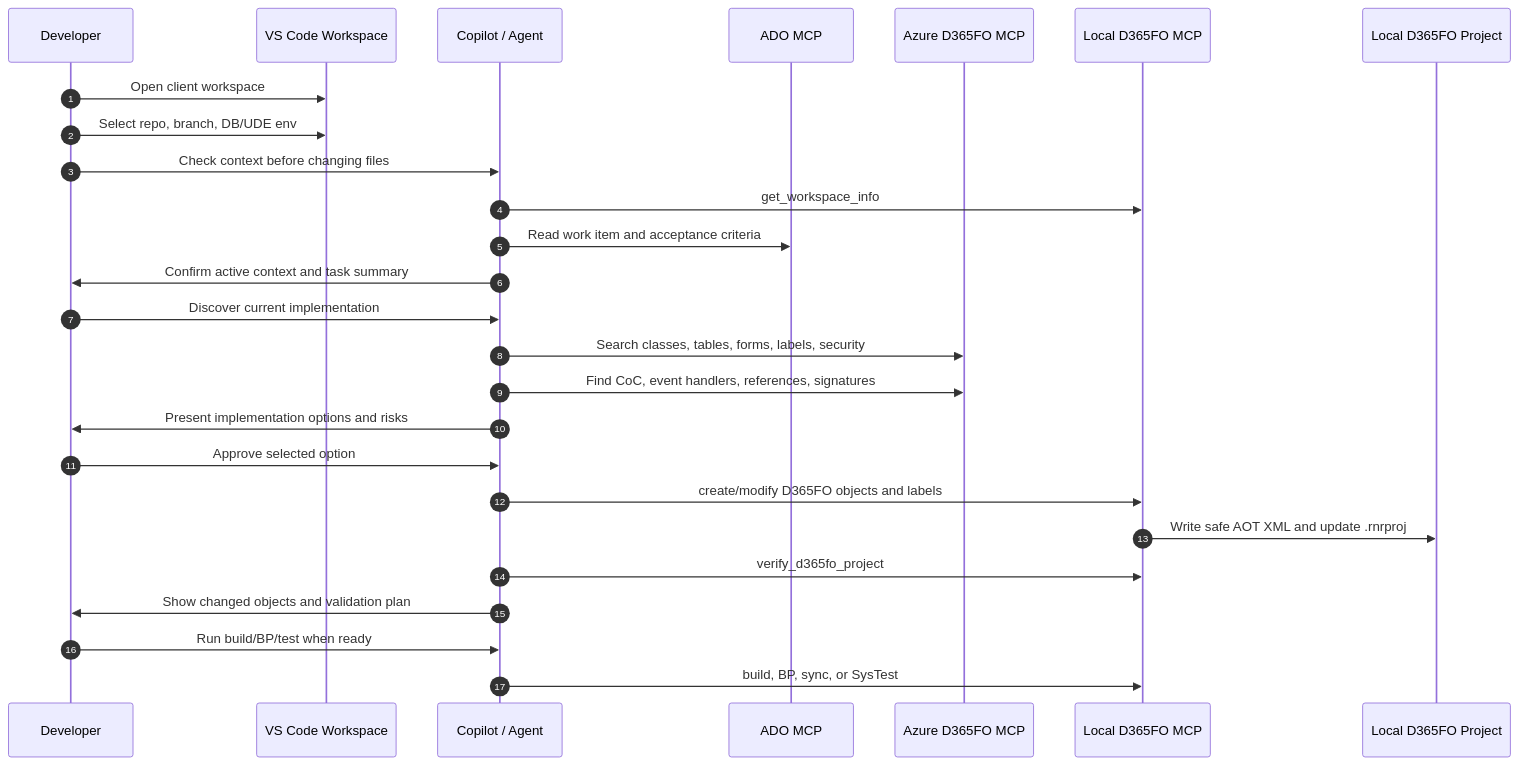
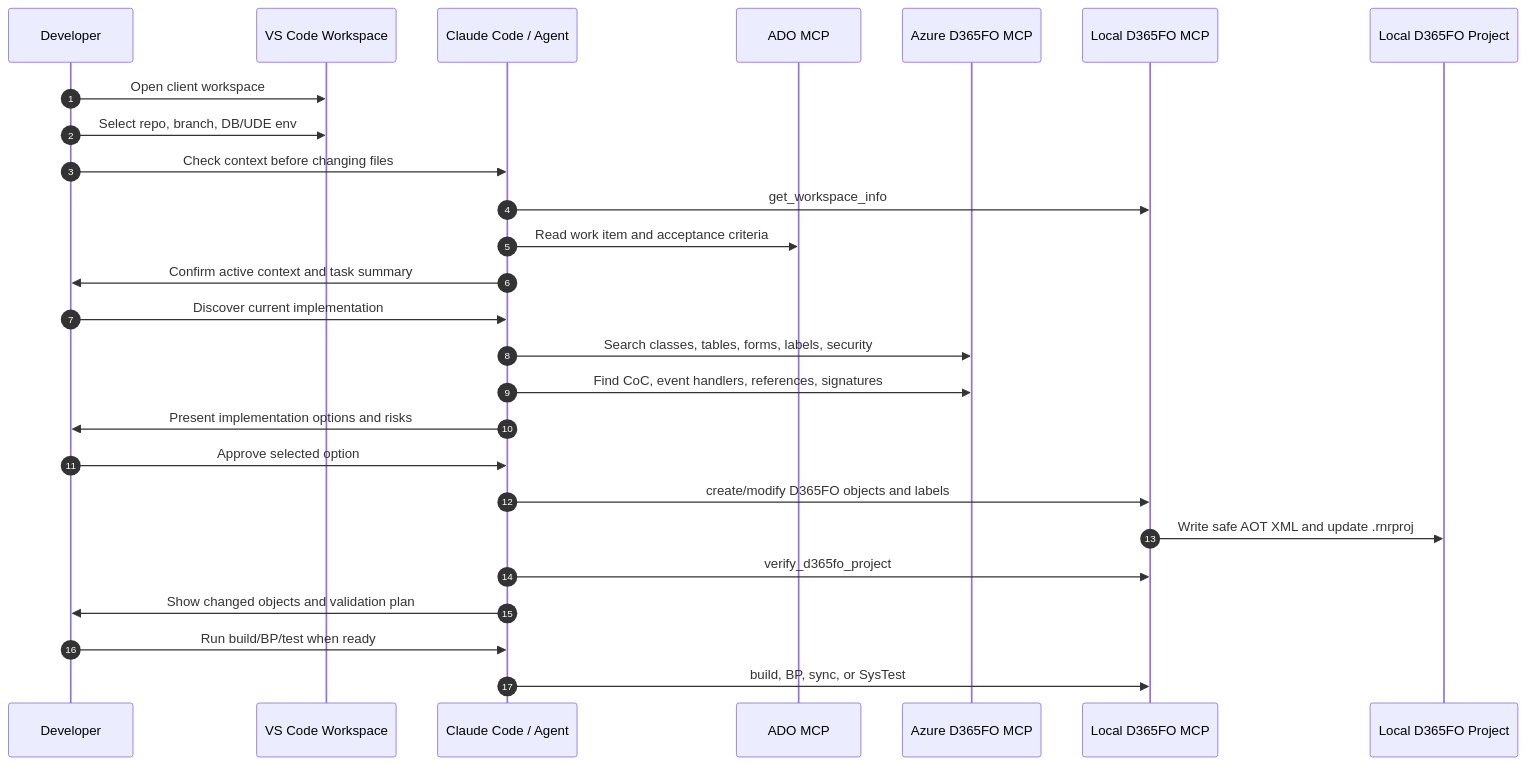
Before and after one commit to tfranczyk/d365fo-mcp-server: the fourth of 5 diagrams in docs/XPP_DEVELOPMENT_WITH_MCP.md, drawn with Mermaid. The commit also changed other lines of this file and 10 other files, not shown here.

First line of the commit message:
Docs: Claude Code only, point to the two root deployment guides, fix repo URLs

````diff
--- a/docs/XPP_DEVELOPMENT_WITH_MCP.md
+++ b/docs/XPP_DEVELOPMENT_WITH_MCP.md
@@ -183,29 +183,29 @@
 ```mermaid
 sequenceDiagram
     autonumber
     participant Dev as Developer
     participant VS as VS Code Workspace
-    participant Agent as Copilot / Agent
+    participant Agent as Claude Code / Agent
     participant ADO as ADO MCP
     participant Azure as Azure D365FO MCP
     participant Local as Local D365FO MCP
     participant D365 as Local D365FO Project
 
     Dev->>VS: Open client workspace
     Dev->>VS: Select repo, branch, DB/UDE env
     Dev->>Agent: Check context before changing files
     Agent->>Local: get_workspace_info
     Agent->>ADO: Read work item and acceptance criteria
     Agent->>Dev: Confirm active context and task summary
     Dev->>Agent: Discover current implementation
     Agent->>Azure: Search classes, tables, forms, labels, security
     Agent->>Azure: Find CoC, event handlers, references, signatures
     Agent->>Dev: Present implementation options and risks
     Dev->>Agent: Approve selected option
     Agent->>Local: create/modify D365FO objects and labels
     Local->>D365: Write safe AOT XML and update .rnrproj
     Agent->>Local: verify_d365fo_project
     Agent->>Dev: Show changed objects and validation plan
     Dev->>Agent: Run build/BP/test when ready
     Agent->>Local: build, BP, sync, or SysTest
 ```
````
